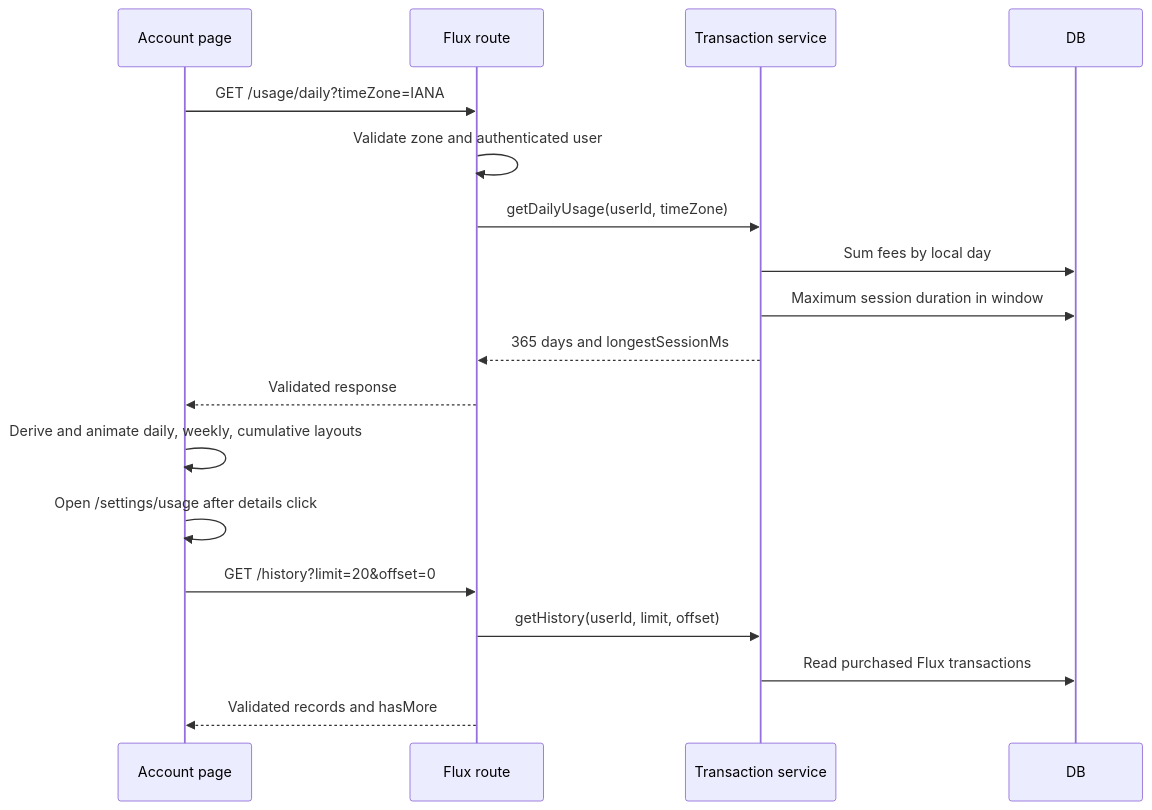
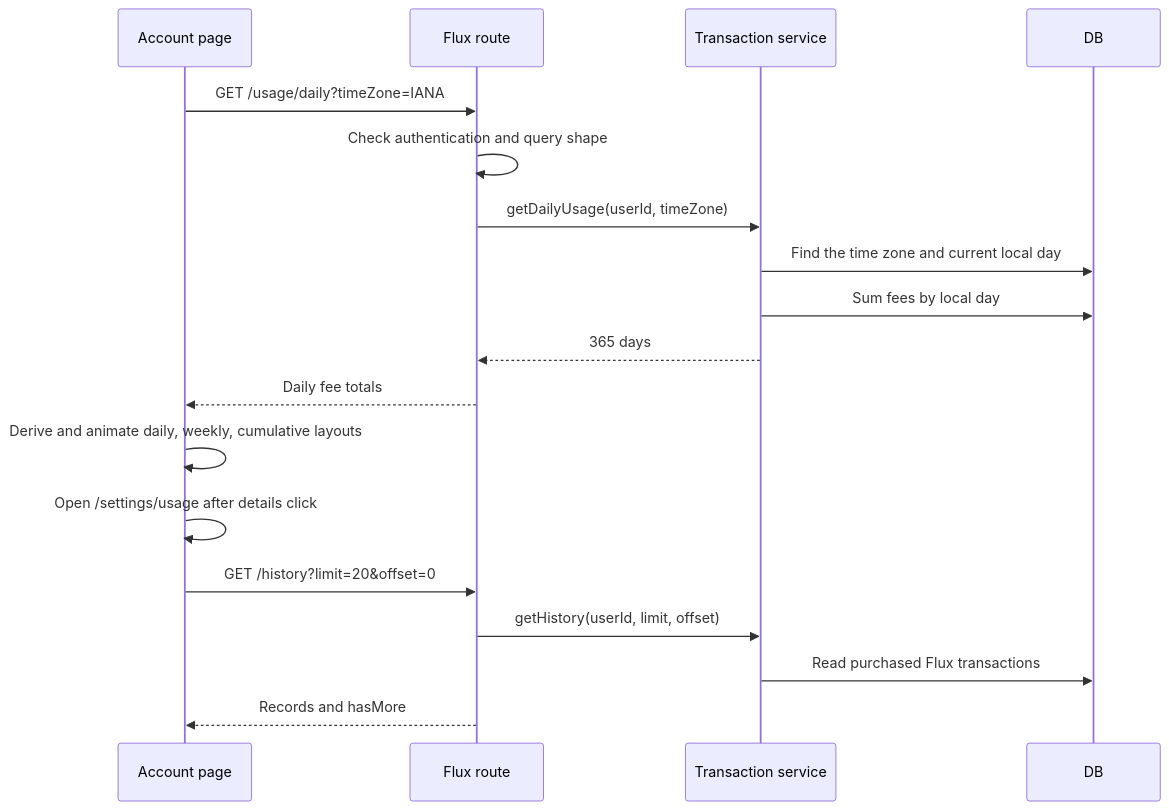
The second of 2 diagrams in server/docs/ai/adr/2026-10-25-flux-usage-charts.md (moeru-ai/airi), drawn with Mermaid before and after one commit. The commit also changed other lines of this file and 22 other files, not shown here.

````diff
--- a/server/docs/ai/adr/2026-10-25-flux-usage-charts.md
+++ b/server/docs/ai/adr/2026-10-25-flux-usage-charts.md
@@ -64,20 +65,20 @@
 ```mermaid
 sequenceDiagram
   participant Page as Account page
   participant API as Flux route
   participant Service as Transaction service
   participant DB
   Page->>API: GET /usage/daily?timeZone=IANA
-  API->>API: Validate zone and authenticated user
+  API->>API: Check authentication and query shape
   API->>Service: getDailyUsage(userId, timeZone)
+  Service->>DB: Find the time zone and current local day
   Service->>DB: Sum fees by local day
-  Service->>DB: Maximum session duration in window
-  Service-->>API: 365 days and longestSessionMs
-  API-->>Page: Validated response
+  Service-->>API: 365 days
+  API-->>Page: Daily fee totals
   Page->>Page: Derive and animate daily, weekly, cumulative layouts
   Page->>Page: Open /settings/usage after details click
   Page->>API: GET /history?limit=20&offset=0
   API->>Service: getHistory(userId, limit, offset)
   Service->>DB: Read purchased Flux transactions
-  API-->>Page: Validated records and hasMore
+  API-->>Page: Records and hasMore
 ```
````
